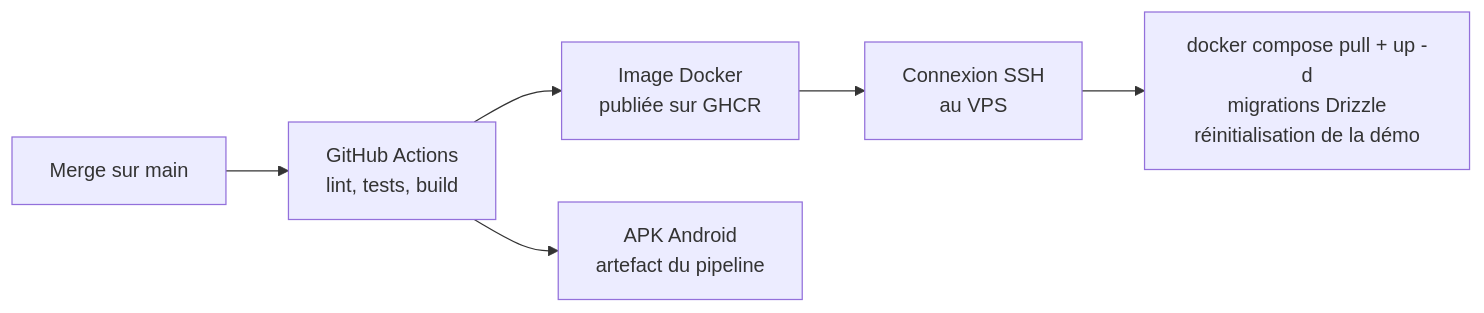
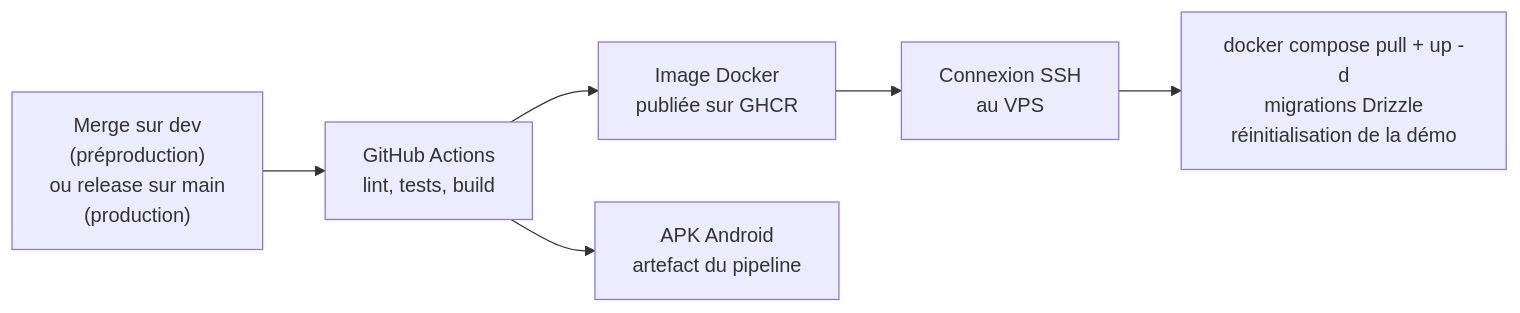
The fifth of 5 diagrams in docs/technique/architecture.md (epiquest-dnd/EpiQuest-DnDiscombobulate), drawn with Mermaid before and after one commit. The commit also changed other lines of this file and 6 other files, not shown here.

First line of the commit message:
docs(infra): passer à deux branches dev et main avec une release par milestone (#94)

````diff
--- a/docs/technique/architecture.md
+++ b/docs/technique/architecture.md
@@ -113,8 +113,8 @@
 ```mermaid
 flowchart LR
-    DEV["Merge sur main"] --> CI["GitHub Actions<br/>lint, tests, build"]
+    DEV["Merge sur dev<br/>(préproduction)<br/>ou release sur main<br/>(production)"] --> CI["GitHub Actions<br/>lint, tests, build"]
     CI --> IMG["Image Docker<br/>publiée sur GHCR"]
     CI --> APK["APK Android<br/>artefact du pipeline"]
     IMG --> SSH["Connexion SSH<br/>au VPS"]
     SSH --> UP["docker compose pull + up -d<br/>migrations Drizzle<br/>réinitialisation de la démo"]
 ```
````
